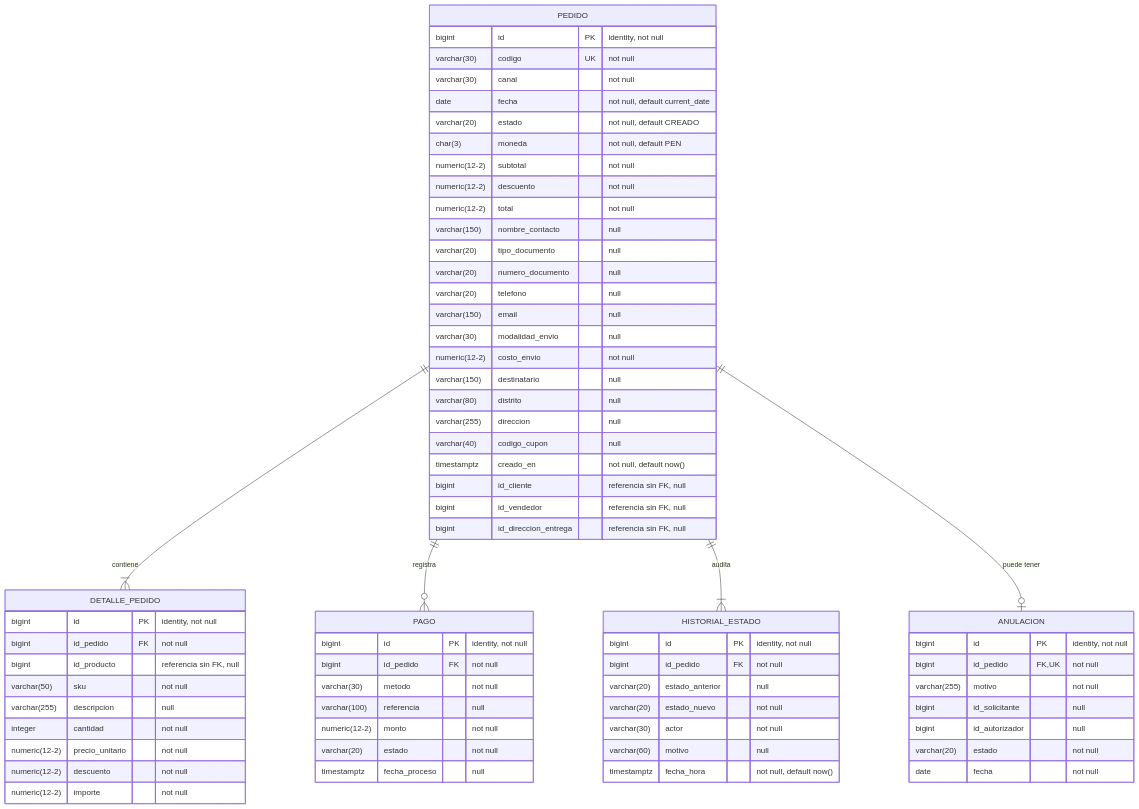
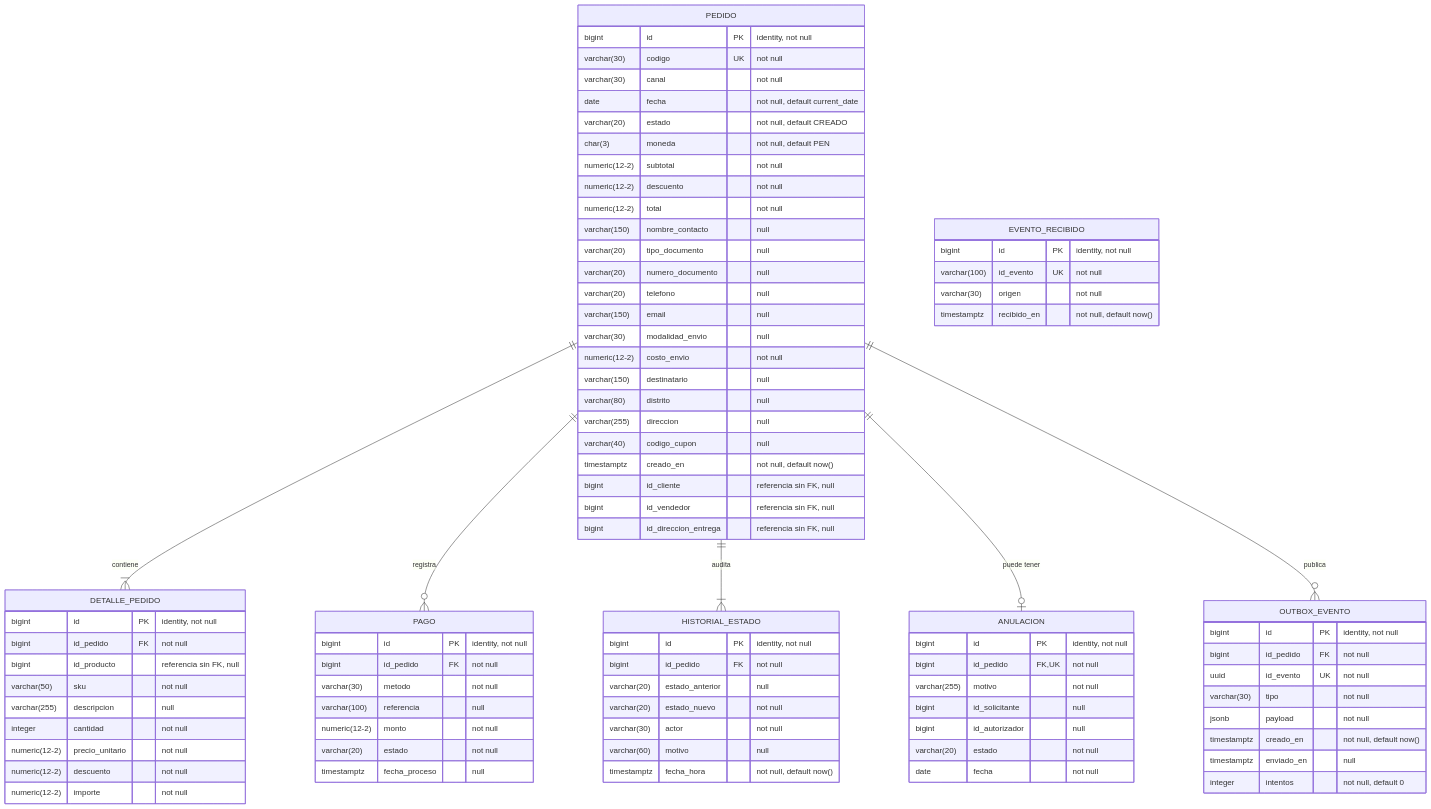
Before and after one commit to Taller-SW-Web/G5-Ventas-Postventas: the first of 2 diagrams in diseno/diagramas/bd/diagrama-fisico.md, drawn with Mermaid. The commit also changed other lines of this file and 5 other files, not shown here.

````diff
--- a/diseno/diagramas/bd/diagrama-fisico.md
+++ b/diseno/diagramas/bd/diagrama-fisico.md
@@ -12,6 +12,7 @@
     PEDIDO ||--o{ PAGO : registra
     PEDIDO ||--|{ HISTORIAL_ESTADO : audita
     PEDIDO ||--o| ANULACION : "puede tener"
+    PEDIDO ||--o{ OUTBOX_EVENTO : publica
     PEDIDO {
         bigint id PK "identity, not null"
         varchar(30) codigo UK "not null"
@@ -76,4 +77,20 @@
         varchar(20) estado "not null"
         date fecha "not null"
     }
+    OUTBOX_EVENTO {
+        bigint id PK "identity, not null"
+        bigint id_pedido FK "not null"
+        uuid id_evento UK "not null"
+        varchar(30) tipo "not null"
+        jsonb payload "not null"
+        timestamptz creado_en "not null, default now()"
+        timestamptz enviado_en "null"
+        integer intentos "not null, default 0"
+    }
+    EVENTO_RECIBIDO {
+        bigint id PK "identity, not null"
+        varchar(100) id_evento UK "not null"
+        varchar(30) origen "not null"
+        timestamptz recibido_en "not null, default now()"
+    }
 ```
````
